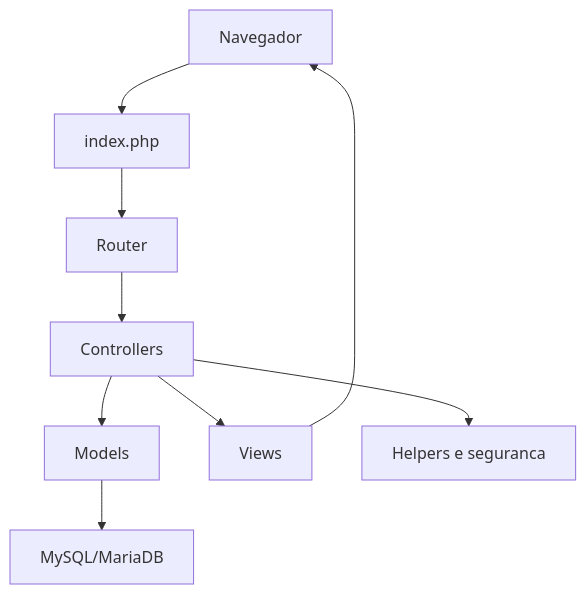
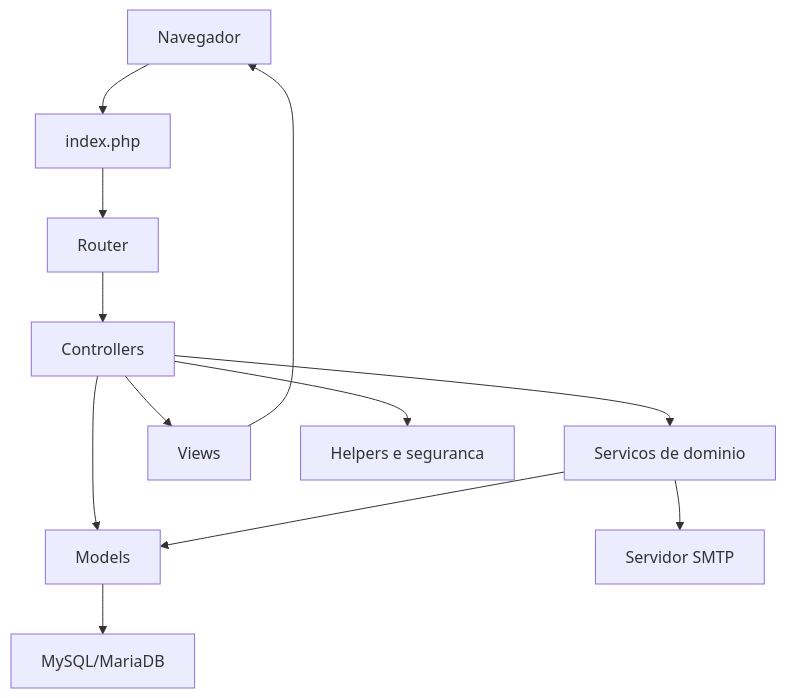
One commit to JosePaulo2003/sistema-portaria-ctic changed the diagram in docs/uml/arquitetura-mvc.md. Above: the diagram before and after it, drawn with Mermaid. The commit also changed 83 other files, not shown here.

````diff
--- a/docs/uml/arquitetura-mvc.md
+++ b/docs/uml/arquitetura-mvc.md
@@ -3,20 +3,25 @@
 ```mermaid
 flowchart TB
     Browser["Navegador"]
     Entry["index.php"]
     Router["Router"]
     Controllers["Controllers"]
+    Services["Servicos de dominio"]
     Models["Models"]
     Views["Views"]
     Database["MySQL/MariaDB"]
+    SMTP["Servidor SMTP"]
     Helpers["Helpers e seguranca"]
 
     Browser --> Entry
     Entry --> Router
     Router --> Controllers
+    Controllers --> Services
     Controllers --> Models
     Controllers --> Views
     Controllers --> Helpers
+    Services --> Models
+    Services --> SMTP
     Models --> Database
     Views --> Browser
 ```
````
